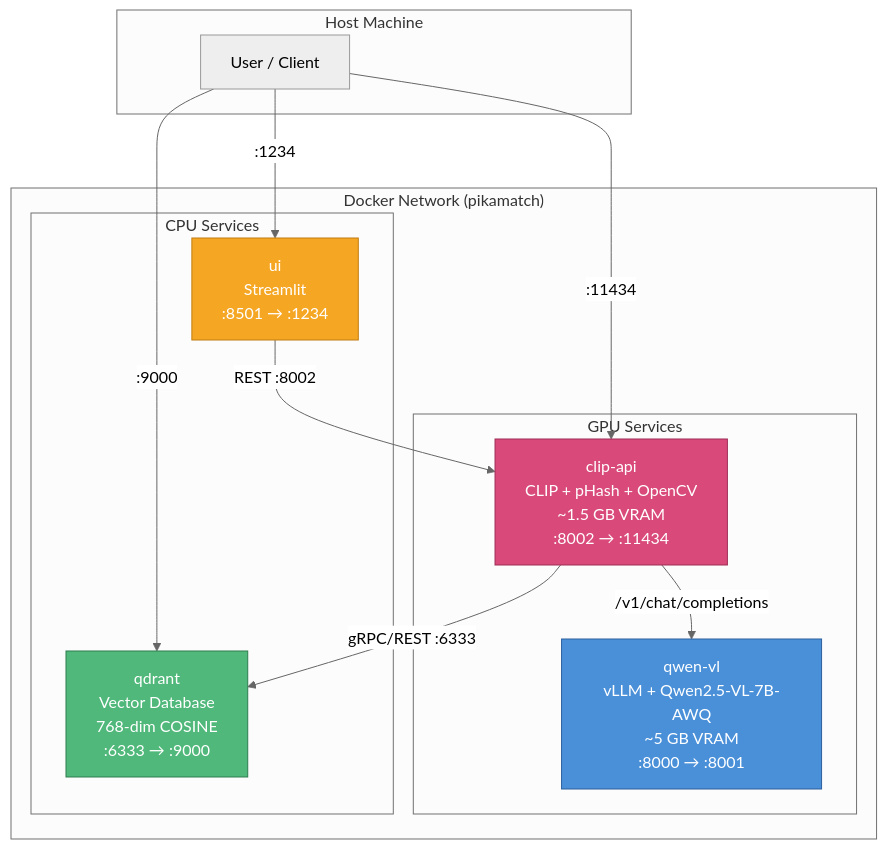
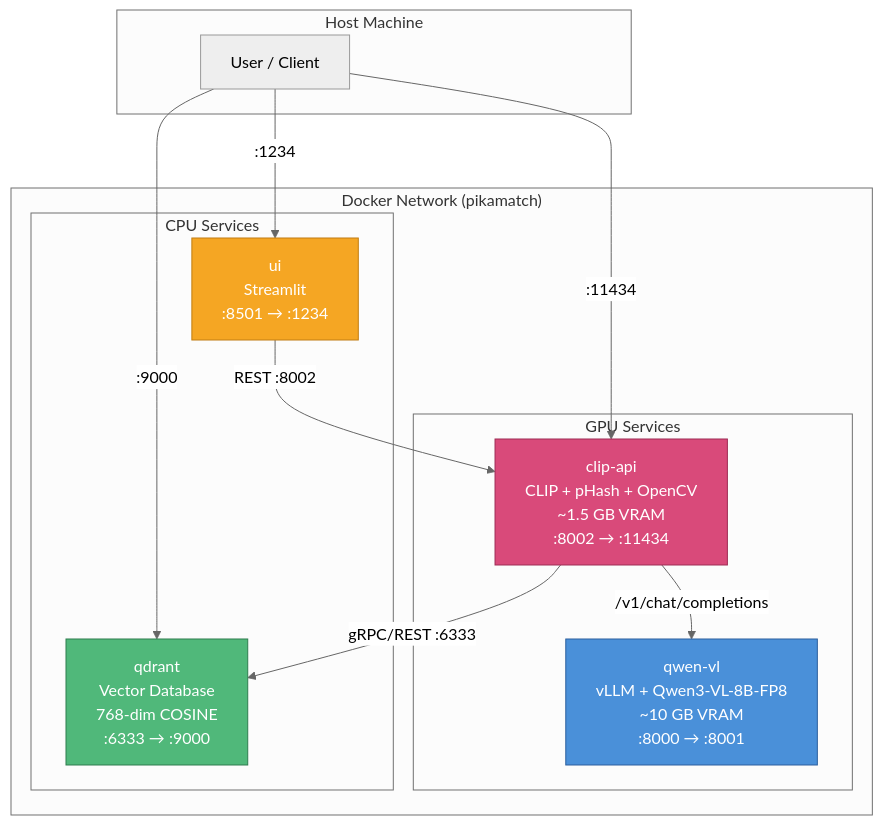
The diagram in docs/architecture.mmd (n0cl0ud/pikamatch), drawn with Mermaid (neutral theme) before and after one commit. The commit also changed 6 other files, not shown here.

First line of the commit message:
Update SVG diagrams and Mermaid sources for triple-signal scoring

```diff
--- a/docs/architecture.mmd
+++ b/docs/architecture.mmd
@@ -1,28 +1,28 @@
 graph TB
     subgraph "Host Machine"
         USER["User / Client"]
     end
 
     subgraph "Docker Network (pikamatch)"
         subgraph "GPU Services"
-            QWEN["qwen-vl<br/>vLLM + Qwen2.5-VL-7B-AWQ<br/>~5 GB VRAM<br/>:8000 → :8001"]
+            QWEN["qwen-vl<br/>vLLM + Qwen3-VL-8B-FP8<br/>~10 GB VRAM<br/>:8000 → :8001"]
             CLIP["clip-api<br/>CLIP + pHash + OpenCV<br/>~1.5 GB VRAM<br/>:8002 → :11434"]
         end
 
         subgraph "CPU Services"
             QDRANT["qdrant<br/>Vector Database<br/>768-dim COSINE<br/>:6333 → :9000"]
             UI["ui<br/>Streamlit<br/>:8501 → :1234"]
         end
     end
 
     USER -->|":11434"| CLIP
     USER -->|":1234"| UI
     USER -->|":9000"| QDRANT
     UI -->|"REST :8002"| CLIP
     CLIP -->|"/v1/chat/completions"| QWEN
     CLIP -->|"gRPC/REST :6333"| QDRANT
 
     style QWEN fill:#4a90d9,stroke:#2c5f9e,color:#fff
     style CLIP fill:#d94a7a,stroke:#9e2c55,color:#fff
     style QDRANT fill:#50b87a,stroke:#2e7d4e,color:#fff
     style UI fill:#f5a623,stroke:#c17d12,color:#fff
```
